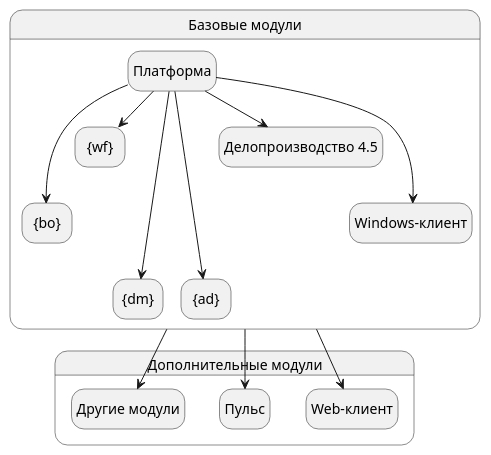
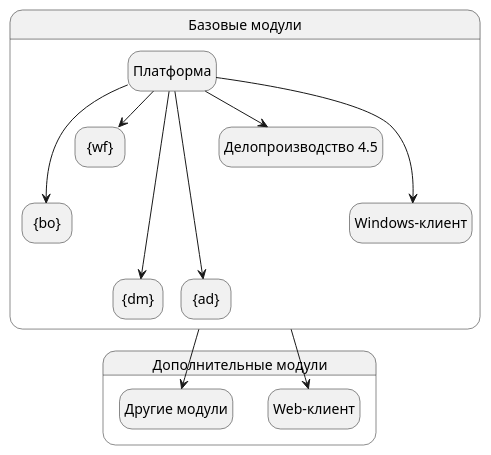
The diagram in modules/ROOT/pages/index.adoc (Docsvision/antora-install-guide), drawn with PlantUML before and after one commit. The commit also changed other lines of this file, not shown here.

Commit message:
ERR-2922 -- пульс больше не поддерживается

```diff
--- a/modules/ROOT/pages/index.adoc
+++ b/modules/ROOT/pages/index.adoc
@@ -29,41 +29,39 @@
 [plantuml, svg]
 ....
 @startuml
 hide empty description
 '!pragma layout elk
 skinparam rectangleBorderThickness 1
 skinparam defaultTextAlignment center
 skinparam lifelineStrategy solid
 skinparam monochrome true
 
 State "Базовые модули" as base {
 
 State "Платформа" as platform
 State "{bo}" as baseobjects
 State "{wf}" as workflow
 State "{dm}" as documentmanagement
 State "{ad}" as approvaldesigner
 State "Делопроизводство 4.5" as takeoffice
 State "Windows-клиент" as windowsclient
 }
 
 platform ---> baseobjects
 platform --> workflow
 platform --> takeoffice
 platform ---> windowsclient
 platform ----> documentmanagement
 platform ----> approvaldesigner
 
 State "Дополнительные модули" as additional {
 
 State "Web-клиент" as webclient
-State "Пульс" as pulse
 State "Другие модули" as other
 }
 
 base --> webclient
-base --> pulse
 base --> other
 
 @enduml
 ....
```
